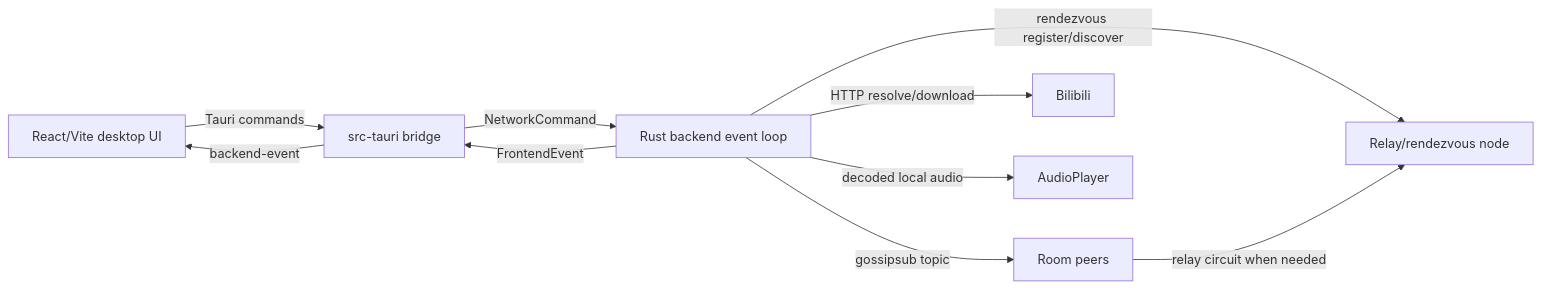
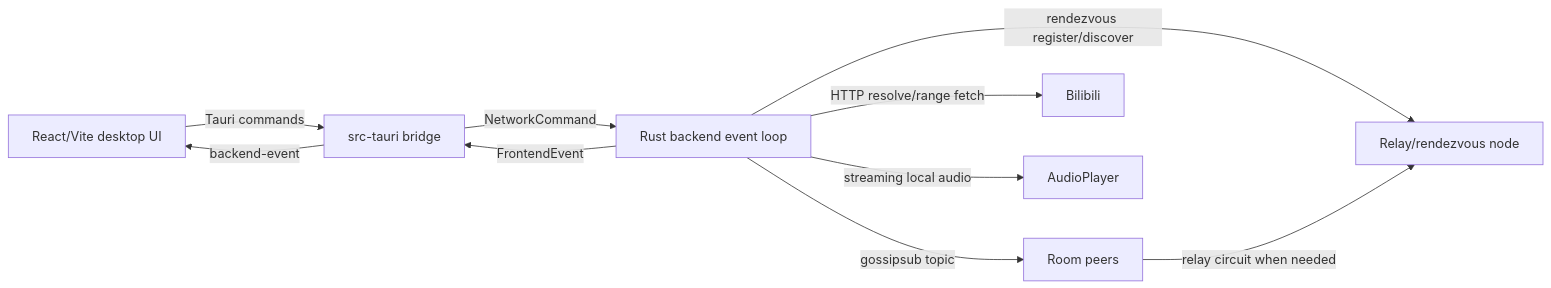
One commit to switefaster/link-ear changed the diagram in ARCHITECTURE.md. Above: the diagram before and after it, drawn with Mermaid. The commit also changed other lines of this file and 14 other files, not shown here.

````diff
--- a/ARCHITECTURE.md
+++ b/ARCHITECTURE.md
@@ -9,13 +9,13 @@
 ```mermaid
 flowchart LR
     UI["React/Vite desktop UI"] -->|Tauri commands| Tauri["src-tauri bridge"]
     Tauri -->|NetworkCommand| Backend["Rust backend event loop"]
     Backend -->|FrontendEvent| Tauri
     Tauri -->|backend-event| UI
 
     Backend -->|gossipsub topic| Room["Room peers"]
     Backend -->|rendezvous register/discover| Relay["Relay/rendezvous node"]
     Room -->|relay circuit when needed| Relay
-    Backend -->|HTTP resolve/download| Bili["Bilibili"]
-    Backend -->|decoded local audio| Player["AudioPlayer"]
+    Backend -->|HTTP resolve/range fetch| Bili["Bilibili"]
+    Backend -->|streaming local audio| Player["AudioPlayer"]
 ```
````
